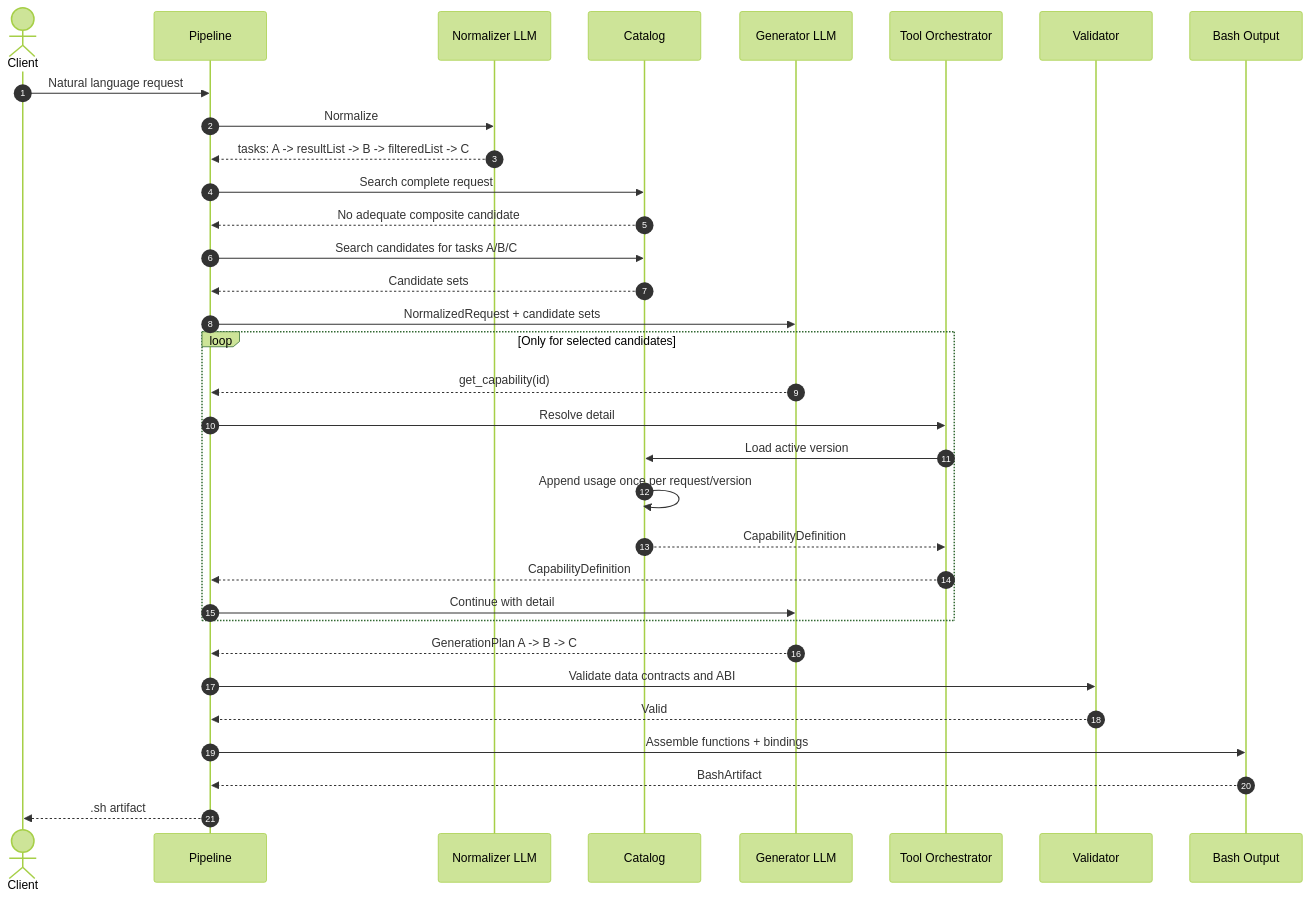
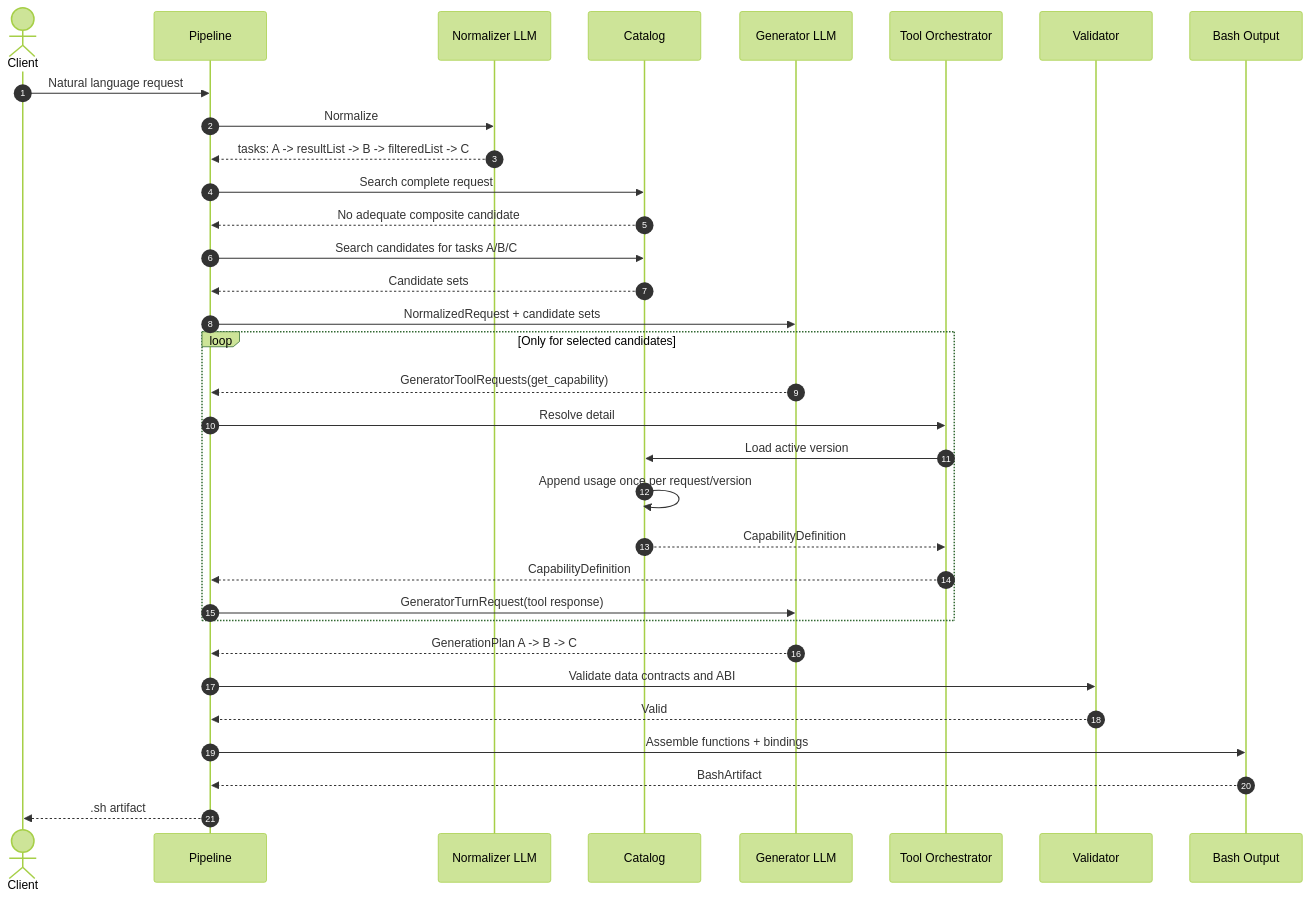
The second of 9 diagrams in docs/pipeline/SEQUENCE_DIAGRAMS.md (ahhvahh/ai-bash-generator), drawn with Mermaid (forest theme) before and after one commit. The commit also changed other lines of this file, not shown here.

Commit message:
docs: align sequence diagrams with formal generator tool loop

````diff
--- a/docs/pipeline/SEQUENCE_DIAGRAMS.md
+++ b/docs/pipeline/SEQUENCE_DIAGRAMS.md
@@ -69,40 +69,40 @@
 ```mermaid
 sequenceDiagram
     autonumber
     actor Client
     participant P as Pipeline
     participant N as Normalizer LLM
     participant C as Catalog
     participant G as Generator LLM
     participant T as Tool Orchestrator
     participant V as Validator
     participant O as Bash Output
 
     Client->>P: Natural language request
     P->>N: Normalize
     N-->>P: tasks: A -> resultList -> B -> filteredList -> C
 
     P->>C: Search complete request
     C-->>P: No adequate composite candidate
     P->>C: Search candidates for tasks A/B/C
     C-->>P: Candidate sets
 
     P->>G: NormalizedRequest + candidate sets
 
     loop Only for selected candidates
-        G-->>P: get_capability(id)
+        G-->>P: GeneratorToolRequests(get_capability)
         P->>T: Resolve detail
         T->>C: Load active version
         C->>C: Append usage once per request/version
         C-->>T: CapabilityDefinition
         T-->>P: CapabilityDefinition
-        P->>G: Continue with detail
+        P->>G: GeneratorTurnRequest(tool response)
     end
 
     G-->>P: GenerationPlan A -> B -> C
     P->>V: Validate data contracts and ABI
     V-->>P: Valid
     P->>O: Assemble functions + bindings
     O-->>P: BashArtifact
     P-->>Client: .sh artifact
 ```
````
